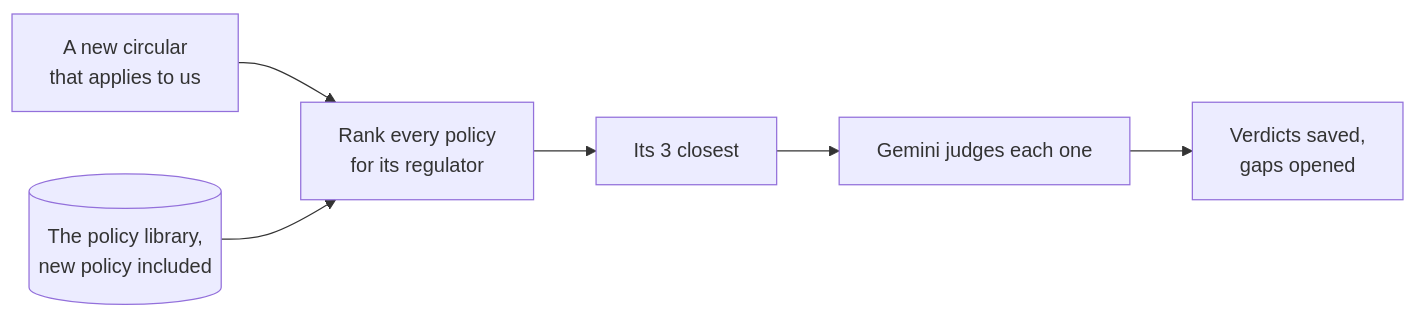
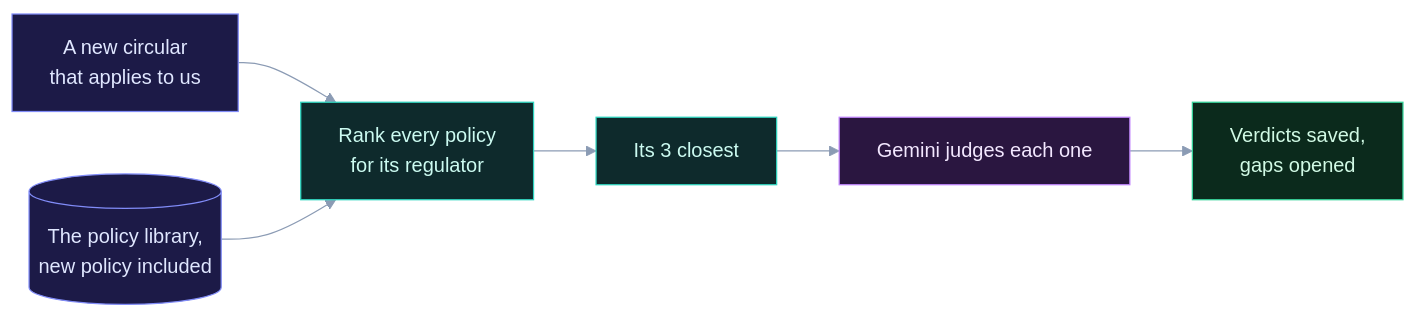
One commit to selvakumarperumal/Regulatory_Circular_Impact_Agent changed diagram 13 of 21 in how_it_works.md. Above: the diagram before and after it, drawn with Mermaid. The commit also changed other lines of this file and 1 other file, not shown here.

````diff
--- a/how_it_works.md
+++ b/how_it_works.md
@@ -587,6 +753,21 @@
 ```mermaid
+%%{init: {"theme": "base", "themeVariables": {"darkMode": true, "primaryColor": "#16213a", "primaryTextColor": "#e6edf7", "primaryBorderColor": "#475a7a", "lineColor": "#8b9bb4", "secondaryColor": "#1b2436", "tertiaryColor": "#101a2e", "edgeLabelBackground": "#0f172a", "textColor": "#e2e8f0", "clusterBkg": "#0f1728", "clusterBorder": "#2b3a55", "titleColor": "#c4b5fd", "nodeTextColor": "#e6edf7"}}}%%
 flowchart LR
     nc["A new circular<br/>that applies to us"] --> rank["Rank every policy<br/>for its regulator"]
     lib[("The policy library,<br/>new policy included")] --> rank
     rank --> top["Its 3 closest"] --> judge["Gemini judges each one"] --> out["Verdicts saved,<br/>gaps opened"]
+
+    classDef svc fill:#0e2a2c,stroke:#2dd4bf,color:#ccfbf1
+    classDef data fill:#1c1a47,stroke:#818cf8,color:#e0e7ff
+    classDef ext fill:#2a1640,stroke:#c084fc,color:#f3e8ff
+    classDef gpu fill:#2d1b0c,stroke:#fb923c,color:#ffedd5
+    classDef ask fill:#2a2410,stroke:#fbbf24,color:#fef3c7
+    classDef ok fill:#0b2a1c,stroke:#34d399,color:#d1fae5
+    classDef bad fill:#2e0f17,stroke:#fb7185,color:#ffe4e6
+    classDef start fill:#1c2a0e,stroke:#a7ef6f,color:#ecfccb
+    classDef muted fill:#1a2130,stroke:#64748b,color:#cbd5e1
+    class nc,lib data
+    class rank,top svc
+    class judge ext
+    class out ok
 ```
````
